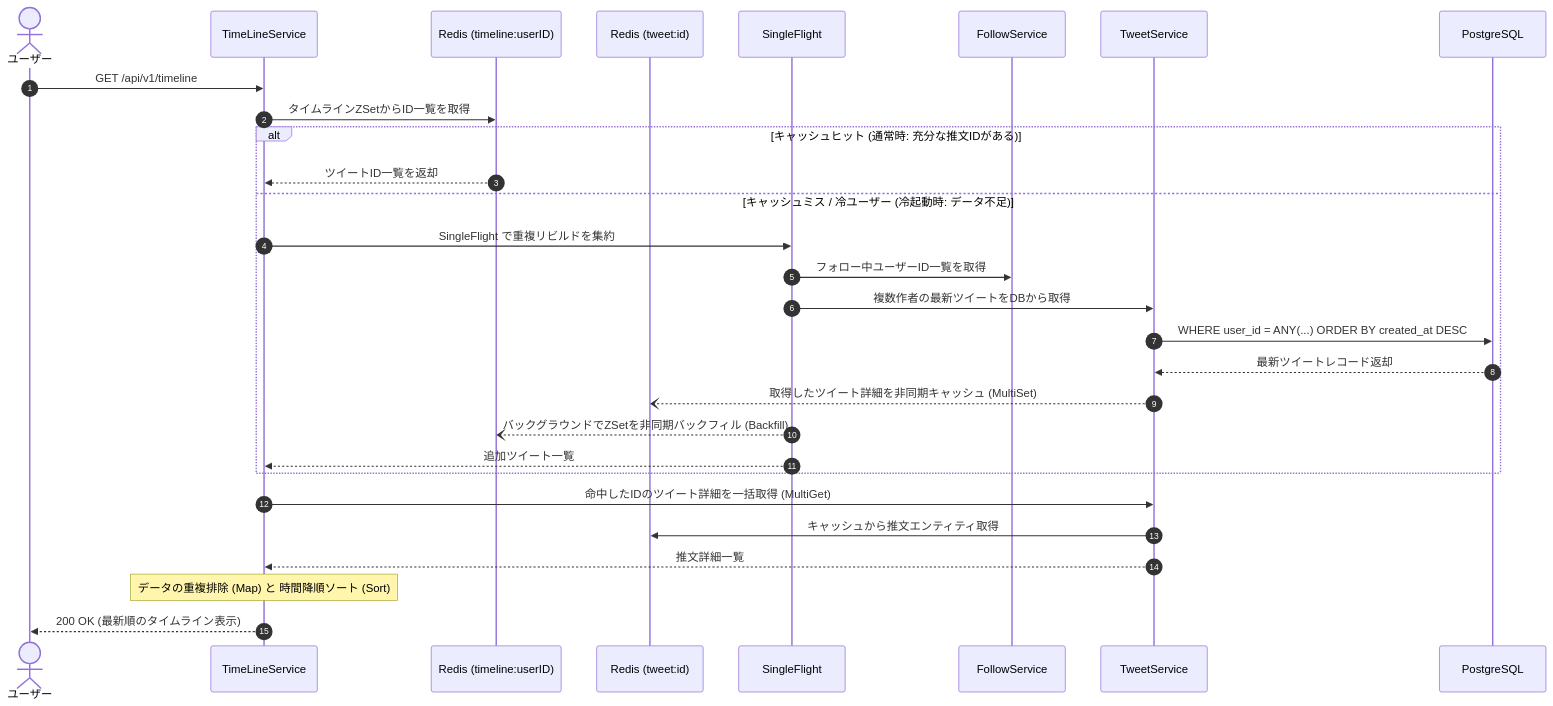
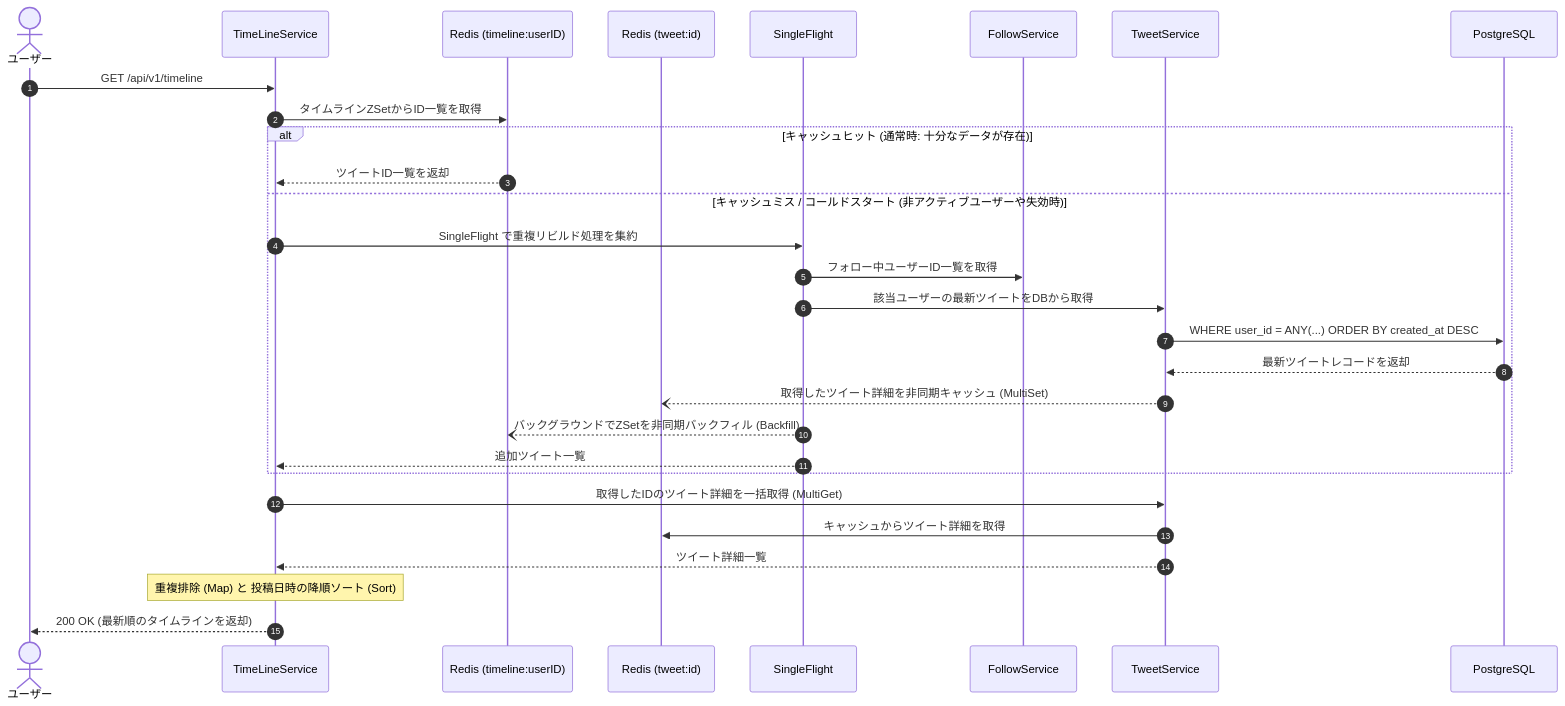
One commit to dedodododedadada/AITA changed the third of 3 diagrams in README.md. Above: the diagram before and after it, drawn with Mermaid. The commit also changed other lines of this file, not shown here.

Commit message:
docs: READMEの更新（コアフロー図の追加）

````diff
--- a/README.md
+++ b/README.md
@@ -97,31 +97,31 @@
 ```mermaid
 sequenceDiagram
     autonumber
     actor User as ユーザー
     participant TLSvc as TimeLineService
     participant R_TL as Redis (timeline:userID)
     participant R_TW as Redis (tweet:id)
     participant SF as SingleFlight
     participant FollowSvc as FollowService
     participant TweetSvc as TweetService
     participant DB as PostgreSQL
     User->>TLSvc: GET /api/v1/timeline
     TLSvc->>R_TL: タイムラインZSetからID一覧を取得
-    alt キャッシュヒット (通常時: 充分な推文IDがある)
+    alt キャッシュヒット (通常時: 十分なデータが存在)
         R_TL-->>TLSvc: ツイートID一覧を返却
-    else キャッシュミス / 冷ユーザー (冷起動時: データ不足)
-        TLSvc->>SF: SingleFlight で重複リビルドを集約
+    else キャッシュミス / コールドスタート (非アクティブユーザーや失効時)
+        TLSvc->>SF: SingleFlight で重複リビルド処理を集約
         SF->>FollowSvc: フォロー中ユーザーID一覧を取得
-        SF->>TweetSvc: 複数作者の最新ツイートをDBから取得
+        SF->>TweetSvc: 該当ユーザーの最新ツイートをDBから取得
         TweetSvc->>DB: WHERE user_id = ANY(...) ORDER BY created_at DESC
-        DB-->>TweetSvc: 最新ツイートレコード返却
+        DB-->>TweetSvc: 最新ツイートレコードを返却
         TweetSvc--)R_TW: 取得したツイート詳細を非同期キャッシュ (MultiSet)
         SF--)R_TL: バックグラウンドでZSetを非同期バックフィル (Backfill)
         SF-->>TLSvc: 追加ツイート一覧
     end
-    TLSvc->>TweetSvc: 命中したIDのツイート詳細を一括取得 (MultiGet)
-    TweetSvc->>R_TW: キャッシュから推文エンティティ取得
-    TweetSvc-->>TLSvc: 推文詳細一覧
-    Note over TLSvc: データの重複排除 (Map) と 時間降順ソート (Sort)
-    TLSvc-->>User: 200 OK (最新順のタイムライン表示)
+    TLSvc->>TweetSvc: 取得したIDのツイート詳細を一括取得 (MultiGet)
+    TweetSvc->>R_TW: キャッシュからツイート詳細を取得
+    TweetSvc-->>TLSvc: ツイート詳細一覧
+    Note over TLSvc: 重複排除 (Map) と 投稿日時の降順ソート (Sort)
+    TLSvc-->>User: 200 OK (最新順のタイムラインを返却)
 ```
````
